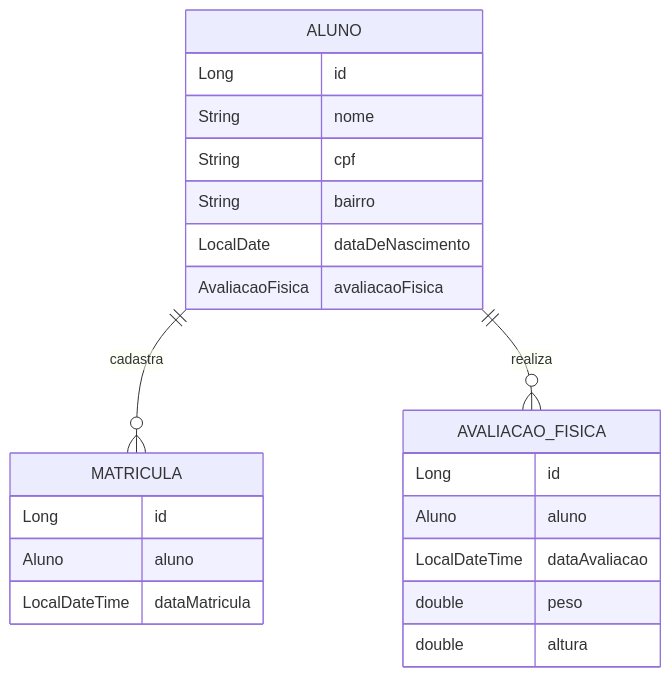
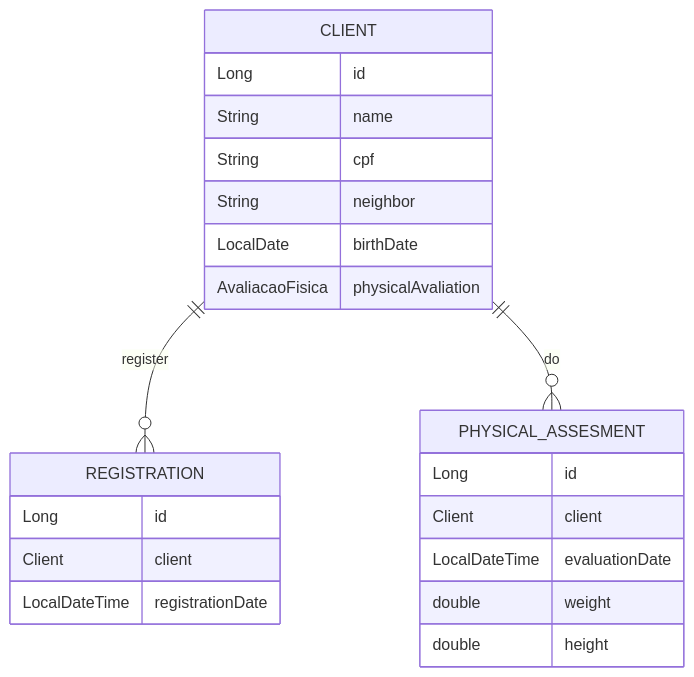
The diagram in README.md (tfalc/CadimiaApp), drawn with Mermaid before and after one commit. The commit also changed other lines of this file, not shown here.

````diff
--- a/README.md
+++ b/README.md
@@ -11,28 +11,28 @@
 ```mermaid
 erDiagram
 
-ALUNO ||--o{ MATRICULA : cadastra
-    ALUNO { 
+CLIENT ||--o{ REGISTRATION : register
+    CLIENT { 
         Long id
-        String nome
+        String name
         String cpf
-        String bairro
-        LocalDate dataDeNascimento
-        AvaliacaoFisica avaliacaoFisica
+        String neighbor
+        LocalDate birthDate
+        AvaliacaoFisica physicalAvaliation
 }
 
-ALUNO ||--o{ AVALIACAO_FISICA : realiza 
-    AVALIACAO_FISICA { 
+CLIENT ||--o{ PHYSICAL_ASSESMENT : do
+    PHYSICAL_ASSESMENT { 
         Long id
-        Aluno aluno
-        LocalDateTime dataAvaliacao
-        double peso
-        double altura
+        Client client
+        LocalDateTime evaluationDate
+        double weight
+        double height
  }
  
-MATRICULA {
+REGISTRATION {
     Long id
-    Aluno aluno
-    LocalDateTime dataMatricula
+    Client client
+    LocalDateTime registrationDate
 }
 ```
````
